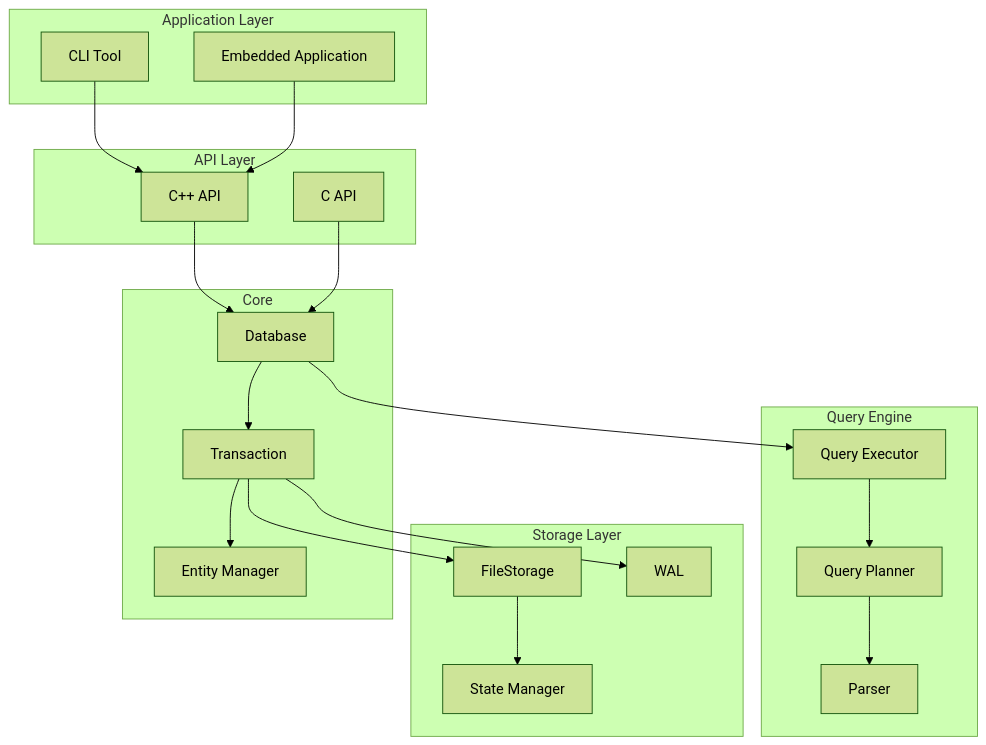
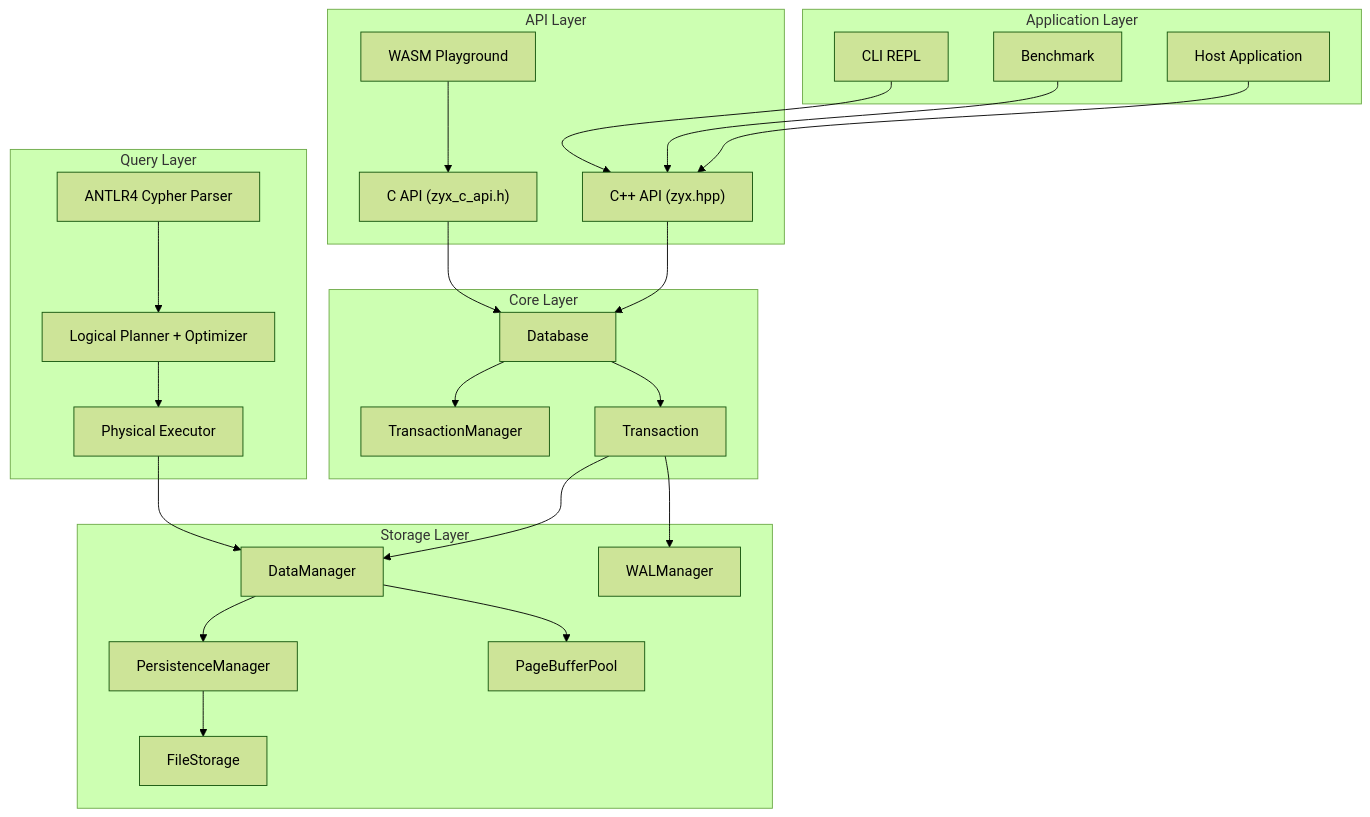
The first of 4 diagrams in docs/apps/docs/content/docs/en/zyx/architecture/overview.mdx (nexepic/zyx), drawn with Mermaid (forest theme) before and after one commit. The commit also changed other lines of this file and 73 other files, not shown here.

````diff
--- a/docs/apps/docs/content/docs/en/zyx/architecture/overview.mdx
+++ b/docs/apps/docs/content/docs/en/zyx/architecture/overview.mdx
@@ -18,46 +18,54 @@
 ```mermaid
 graph TB
     subgraph "Application Layer"
-        CLI[CLI Tool]
-        APP[Embedded Application]
+        CLI[CLI REPL]
+        BM[Benchmark]
+        APP[Host Application]
     end
 
     subgraph "API Layer"
-        CPP[C++ API]
-        CA[C API]
+        CPP["C++ API (zyx.hpp)"]
+        CA["C API (zyx_c_api.h)"]
+        WASM["WASM Playground"]
     end
 
-    subgraph "Query Engine"
-        P[Parser]
-        QP[Query Planner]
-        QE[Query Executor]
+    subgraph "Query Layer"
+        Parser["ANTLR4 Cypher Parser"]
+        Planner["Logical Planner + Optimizer"]
+        Executor["Physical Executor"]
     end
 
     subgraph "Storage Layer"
+        DM[DataManager]
+        PM[PersistenceManager]
         FS[FileStorage]
-        WAL[WAL]
-        SM[State Manager]
+        WAL[WALManager]
+        PB[PageBufferPool]
     end
 
-    subgraph "Core"
+    subgraph "Core Layer"
         DB[Database]
+        TM[TransactionManager]
         TX[Transaction]
-        ENT[Entity Manager]
     end
 
     CLI --> CPP
+    BM --> CPP
     APP --> CPP
+    CA --> DB
+    WASM --> CA
+
     CPP --> DB
-    CA --> DB
+    DB --> TM
+    DB --> TX
 
-    DB --> TX
-    DB --> QE
-    TX --> ENT
+    TX --> DM
+    TX --> WAL
 
-    QE --> QP
-    QP --> P
+    Parser --> Planner --> Executor
+    Executor --> DM
 
-    TX --> FS
-    TX --> WAL
-    FS --> SM
+    DM --> PM
+    PM --> FS
+    DM --> PB
 ```
````
